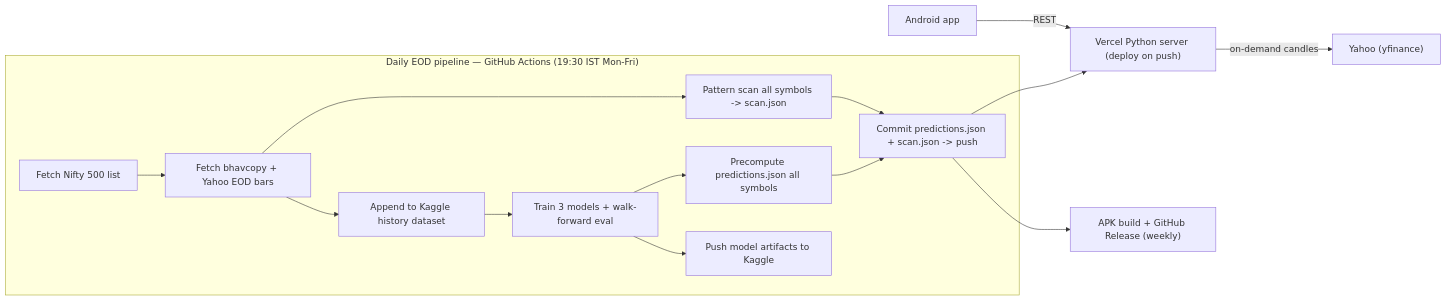
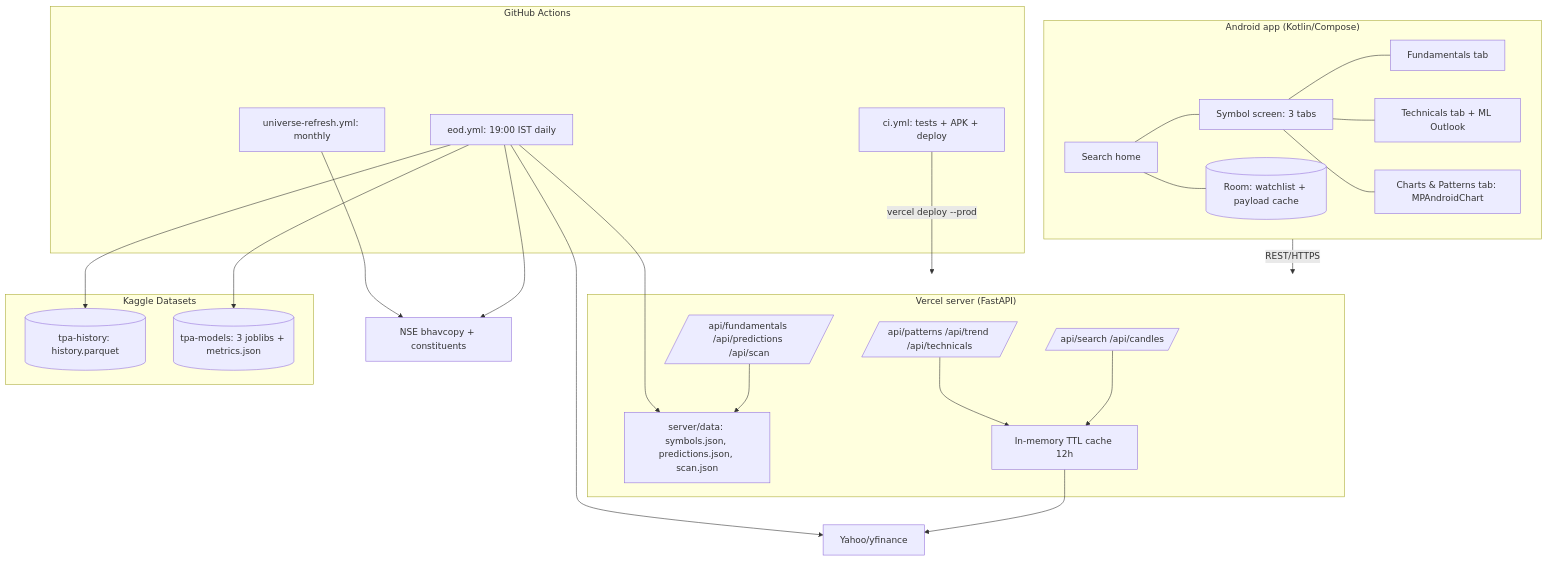
One commit to 5r1n1dh1/TechnicalPatternAnalysis changed the first of 5 diagrams in design/plan.md. Above: the diagram before and after it, drawn with Mermaid. The commit also changed other lines of this file, not shown here.

````diff
--- a/design/plan.md
+++ b/design/plan.md
@@ -22,17 +172,41 @@
 ```mermaid
-flowchart LR
-    subgraph Daily["Daily EOD pipeline — GitHub Actions (19:30 IST Mon-Fri)"]
-        P1[Fetch Nifty 500 list] --> P2[Fetch bhavcopy + Yahoo EOD bars]
-        P2 --> P3[Append to Kaggle history dataset]
-        P3 --> P4[Train 3 models + walk-forward eval]
-        P4 --> P5[Precompute predictions.json all symbols]
-        P2 --> P6[Pattern scan all symbols -> scan.json]
-        P5 --> P7[Commit predictions.json + scan.json -> push]
-        P6 --> P7
-        P4 --> P8[Push model artifacts to Kaggle]
+flowchart TB
+    subgraph APP["Android app (Kotlin/Compose)"]
+        UI1[Search home] --- UI2[Symbol screen: 3 tabs]
+        UI2 --- UI3[Fundamentals tab]
+        UI2 --- UI4[Technicals tab + ML Outlook]
+        UI2 --- UI5[Charts & Patterns tab: MPAndroidChart]
+        DB[(Room: watchlist + payload cache)]
+        UI1 --- DB
     end
-    P7 --> V["Vercel Python server (deploy on push)"]
-    A["Android app"] -->|REST| V
-    V -->|on-demand candles| Y["Yahoo (yfinance)"]
-    P7 --> O["APK build + GitHub Release (weekly)"]
+    subgraph SERVER["Vercel server (FastAPI)"]
+        API1[/api/search /api/candles/] 
+        API2[/api/patterns /api/trend /api/technicals/]
+        API3[/api/fundamentals /api/predictions /api/scan/]
+        BAK[server/data: symbols.json, predictions.json, scan.json]
+        CACHE[In-memory TTL cache 12h]
+    end
+    subgraph CIW["GitHub Actions"]
+        EOD[eod.yml: 19:00 IST daily]
+        CICD[ci.yml: tests + APK + deploy]
+        UNI[universe-refresh.yml: monthly]
+    end
+    subgraph KAG["Kaggle Datasets"]
+        H[(tpa-history: history.parquet)]
+        M[(tpa-models: 3 joblibs + metrics.json)]
+    end
+    YAH[Yahoo/yfinance]
+    NSE[NSE bhavcopy + constituents]
+
+    APP -->|REST/HTTPS| SERVER
+    API1 --> CACHE --> YAH
+    API3 --> BAK
+    API2 --> CACHE
+    EOD --> NSE
+    EOD --> YAH
+    EOD --> H
+    EOD --> M
+    EOD --> BAK
+    CICD -->|vercel deploy --prod| SERVER
+    UNI --> NSE
 ```
````
